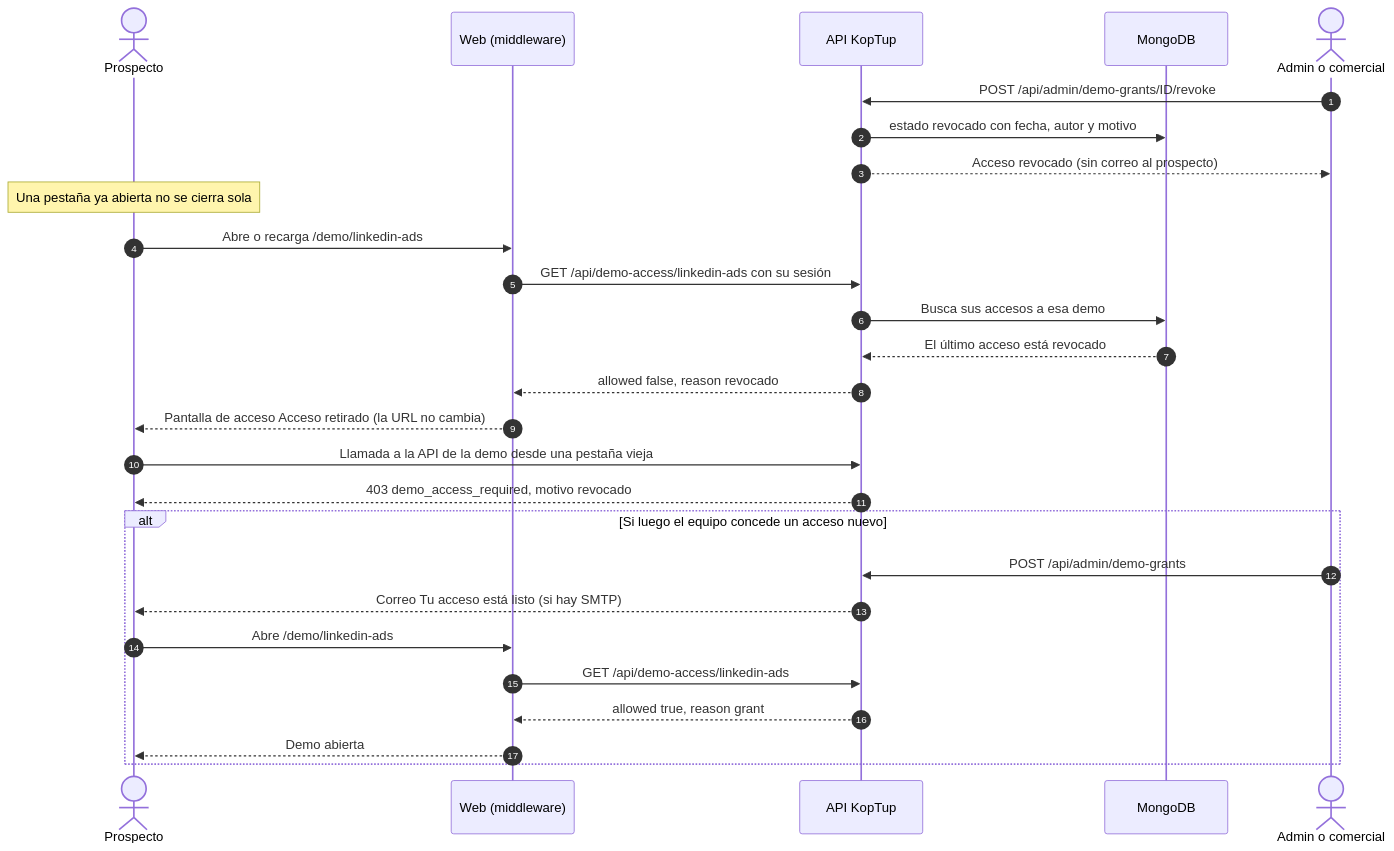
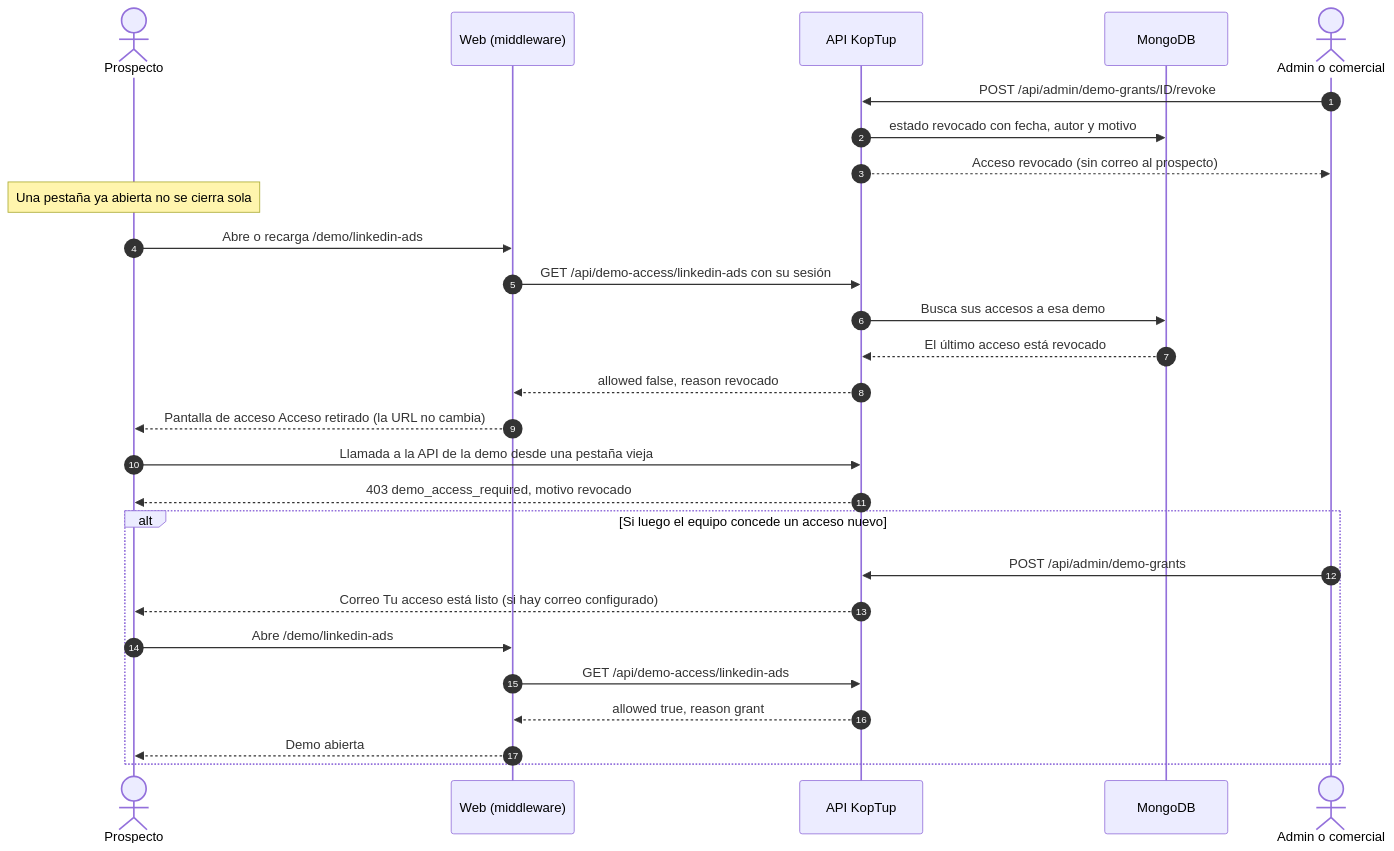
The sixth of 24 diagrams in docs/wiki/Doc-14-2-Flujos-de-Administracion-y-Operacion.md (ronalc90/koptup), drawn with Mermaid before and after one commit. The commit also changed other lines of this file and 45 other files, not shown here.

````diff
--- a/docs/wiki/Doc-14-2-Flujos-de-Administracion-y-Operacion.md
+++ b/docs/wiki/Doc-14-2-Flujos-de-Administracion-y-Operacion.md
@@ -337,29 +338,29 @@
 ```mermaid
 sequenceDiagram
     autonumber
     actor P as Prospecto
     participant MW as Web (middleware)
     participant API as API KopTup
     participant DB as MongoDB
     actor A as Admin o comercial
     A->>API: POST /api/admin/demo-grants/ID/revoke
     API->>DB: estado revocado con fecha, autor y motivo
     API-->>A: Acceso revocado (sin correo al prospecto)
     Note over P: Una pestaña ya abierta no se cierra sola
     P->>MW: Abre o recarga /demo/linkedin-ads
     MW->>API: GET /api/demo-access/linkedin-ads con su sesión
     API->>DB: Busca sus accesos a esa demo
     DB-->>API: El último acceso está revocado
     API-->>MW: allowed false, reason revocado
     MW-->>P: Pantalla de acceso Acceso retirado (la URL no cambia)
     P->>API: Llamada a la API de la demo desde una pestaña vieja
     API-->>P: 403 demo_access_required, motivo revocado
     alt Si luego el equipo concede un acceso nuevo
         A->>API: POST /api/admin/demo-grants
-        API-->>P: Correo Tu acceso está listo (si hay SMTP)
+        API-->>P: Correo Tu acceso está listo (si hay correo configurado)
         P->>MW: Abre /demo/linkedin-ads
         MW->>API: GET /api/demo-access/linkedin-ads
         API-->>MW: allowed true, reason grant
         MW-->>P: Demo abierta
     end
 ```
````
